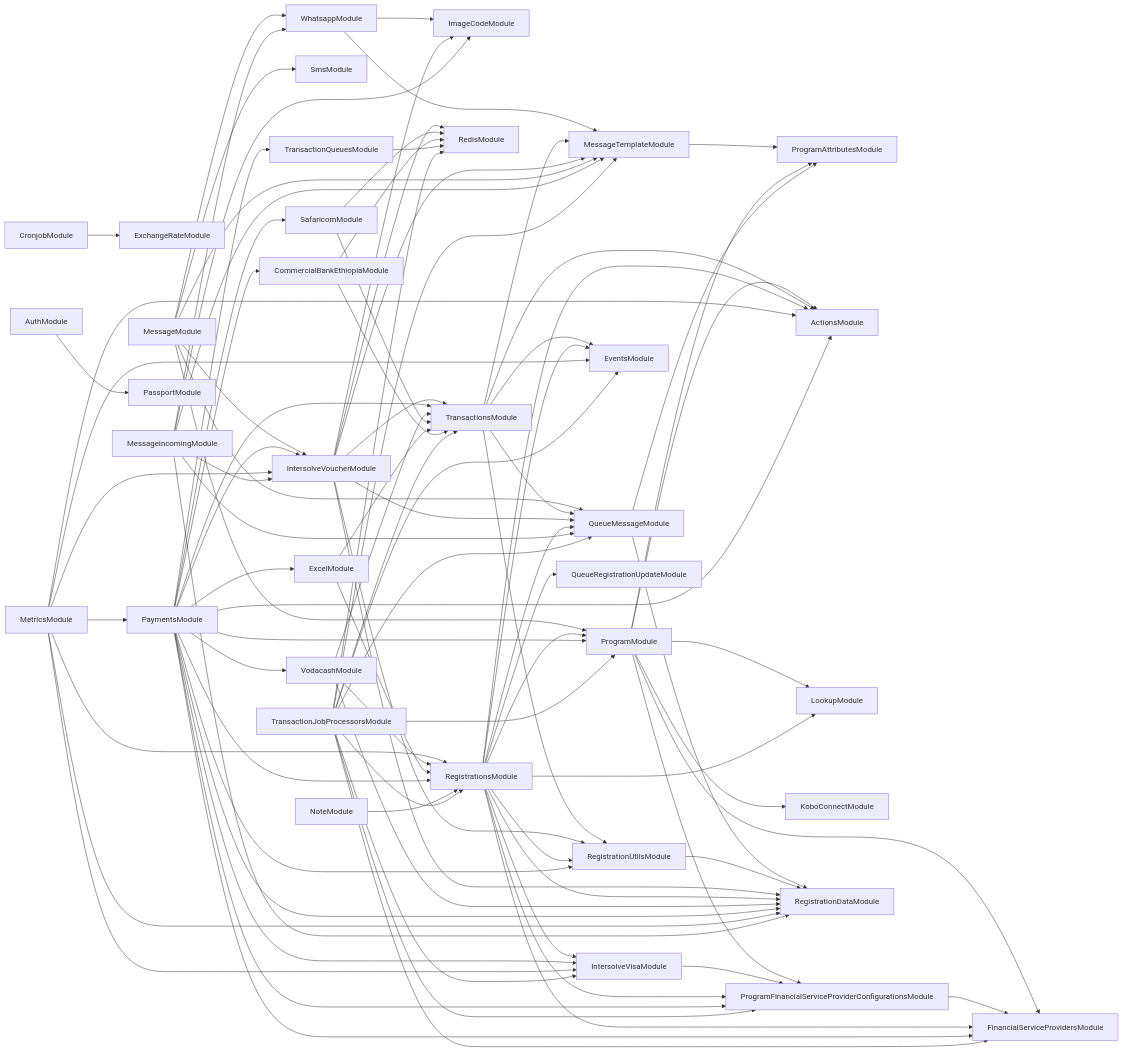
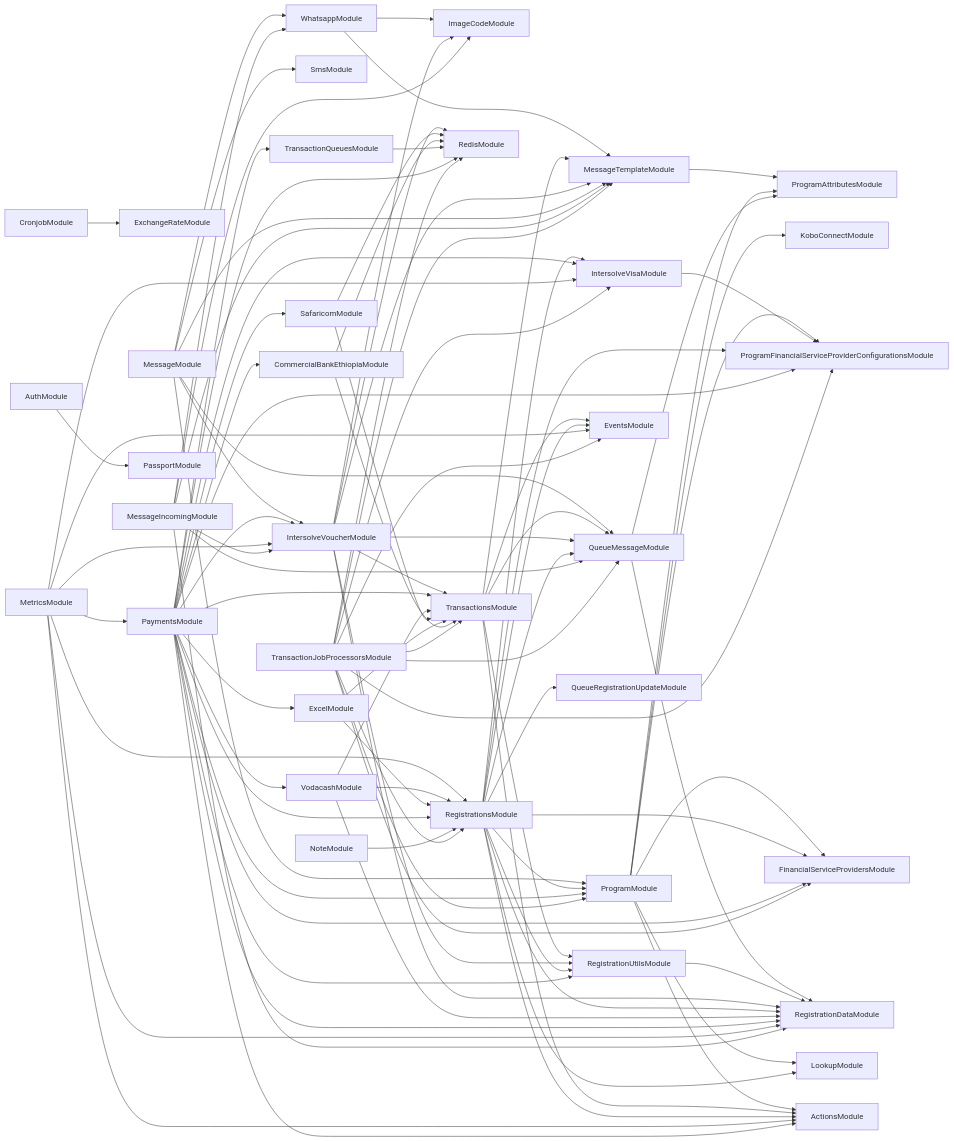
One commit to global-121/121-platform changed the diagram in services/121-service/module-dependencies.md. Above: the diagram before and after it, drawn with Mermaid. The commit also changed 96 other files, not shown here.

```diff
--- a/services/121-service/module-dependencies.md
+++ b/services/121-service/module-dependencies.md
@@ -10,7 +10,6 @@
   ProgramModule-->ProgramAttributesModule
   ProgramModule-->KoboConnectModule
   ProgramModule-->ProgramFinancialServiceProviderConfigurationsModule
-  ProgramFinancialServiceProviderConfigurationsModule-->FinancialServiceProvidersModule
   MessageModule-->WhatsappModule
   WhatsappModule-->ImageCodeModule
   WhatsappModule-->MessageTemplateModule
@@ -74,6 +73,7 @@
   TransactionQueuesModule-->RedisModule
   PaymentsModule-->FinancialServiceProvidersModule
   PaymentsModule-->ProgramFinancialServiceProviderConfigurationsModule
+  PaymentsModule-->RedisModule
   MetricsModule-->IntersolveVisaModule
   MetricsModule-->IntersolveVoucherModule
   MetricsModule-->EventsModule
```
